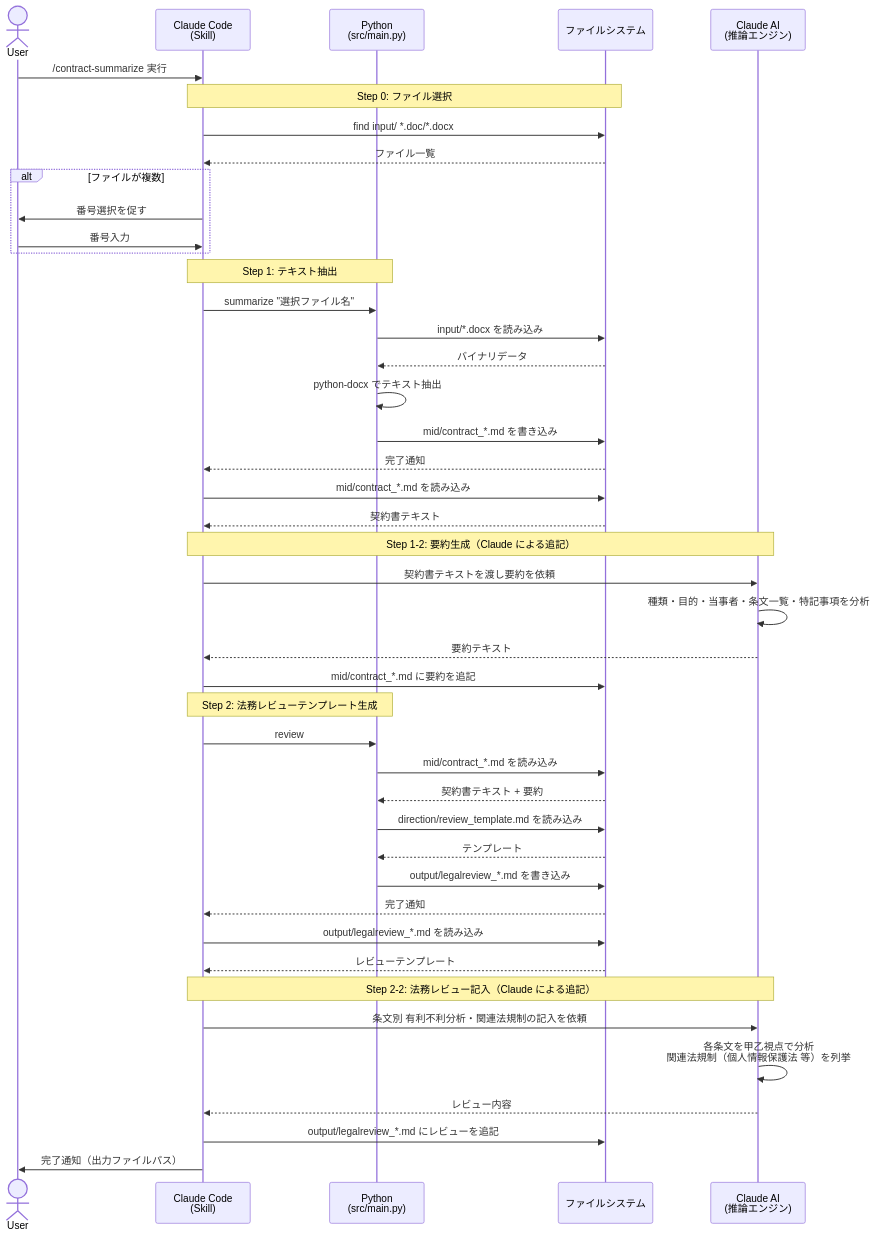
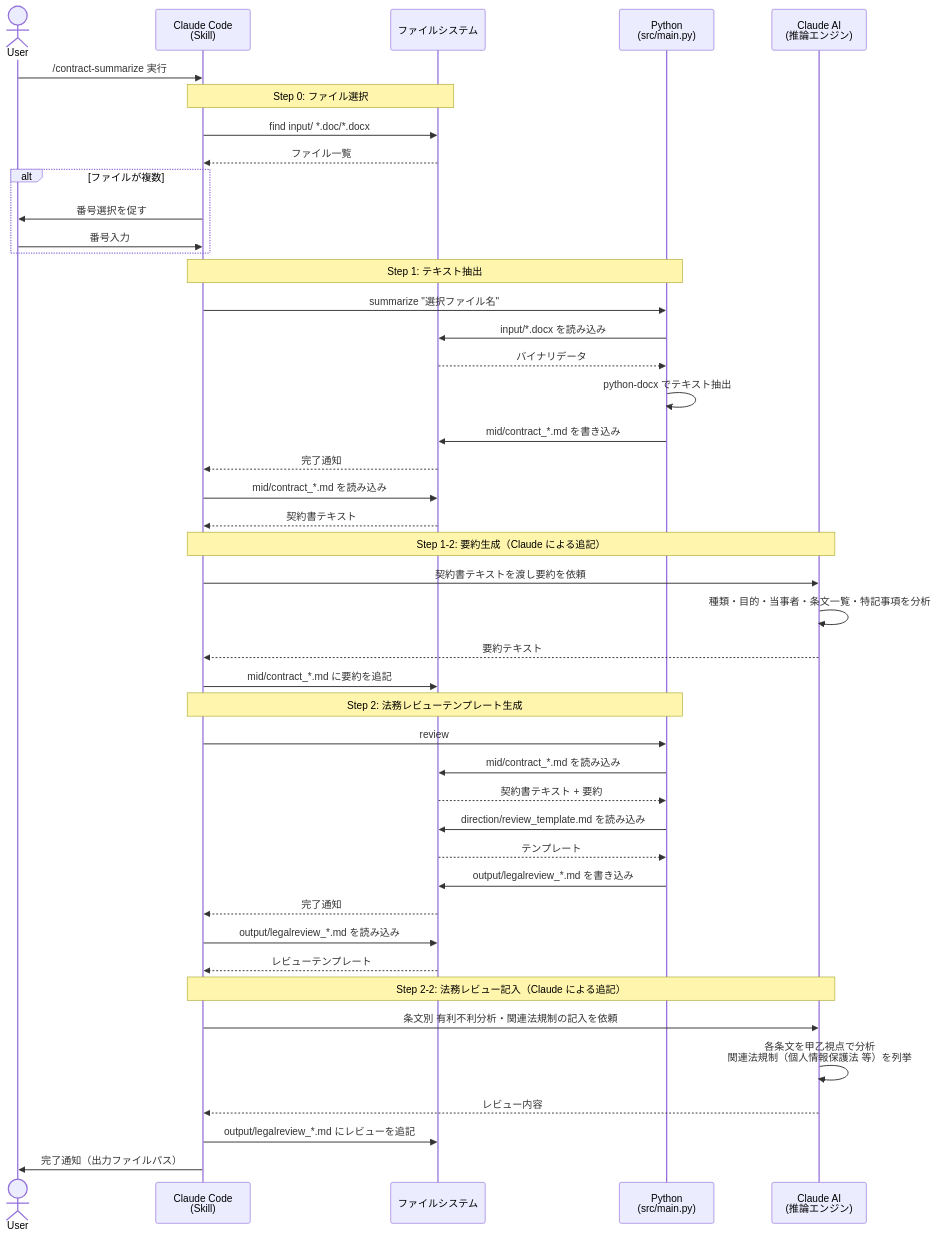
The first of 5 diagrams in transition-note.md (hiroyasu-komaki/contract-project), drawn with Mermaid before and after one commit. The commit also changed other lines of this file, not shown here.

````diff
--- a/transition-note.md
+++ b/transition-note.md
@@ -93,52 +93,52 @@
 ```mermaid
 sequenceDiagram
     actor User
     participant Skill as Claude Code<br>(Skill)
+    participant FS as ファイルシステム
     participant Python as Python<br>(src/main.py)
-    participant FS as ファイルシステム
     participant Claude as Claude AI<br>(推論エンジン)
 
     User->>Skill: /contract-summarize 実行
 
     Note over Skill,FS: Step 0: ファイル選択
     Skill->>FS: find input/ *.doc/*.docx
     FS-->>Skill: ファイル一覧
     alt ファイルが複数
         Skill->>User: 番号選択を促す
         User->>Skill: 番号入力
     end
 
     Note over Skill,Python: Step 1: テキスト抽出
     Skill->>Python: summarize "選択ファイル名"
     Python->>FS: input/*.docx を読み込み
     FS-->>Python: バイナリデータ
     Python->>Python: python-docx でテキスト抽出
     Python->>FS: mid/contract_*.md を書き込み
     FS-->>Skill: 完了通知
     Skill->>FS: mid/contract_*.md を読み込み
     FS-->>Skill: 契約書テキスト
 
     Note over Skill,Claude: Step 1-2: 要約生成（Claude による追記）
     Skill->>Claude: 契約書テキストを渡し要約を依頼
     Claude->>Claude: 種類・目的・当事者・条文一覧・特記事項を分析
     Claude-->>Skill: 要約テキスト
     Skill->>FS: mid/contract_*.md に要約を追記
 
     Note over Skill,Python: Step 2: 法務レビューテンプレート生成
     Skill->>Python: review
     Python->>FS: mid/contract_*.md を読み込み
     FS-->>Python: 契約書テキスト + 要約
     Python->>FS: direction/review_template.md を読み込み
     FS-->>Python: テンプレート
     Python->>FS: output/legalreview_*.md を書き込み
     FS-->>Skill: 完了通知
     Skill->>FS: output/legalreview_*.md を読み込み
     FS-->>Skill: レビューテンプレート
 
     Note over Skill,Claude: Step 2-2: 法務レビュー記入（Claude による追記）
     Skill->>Claude: 条文別 有利不利分析・関連法規制の記入を依頼
     Claude->>Claude: 各条文を甲乙視点で分析<br>関連法規制（個人情報保護法 等）を列挙
     Claude-->>Skill: レビュー内容
     Skill->>FS: output/legalreview_*.md にレビューを追記
     Skill->>User: 完了通知（出力ファイルパス）
 ```
````
